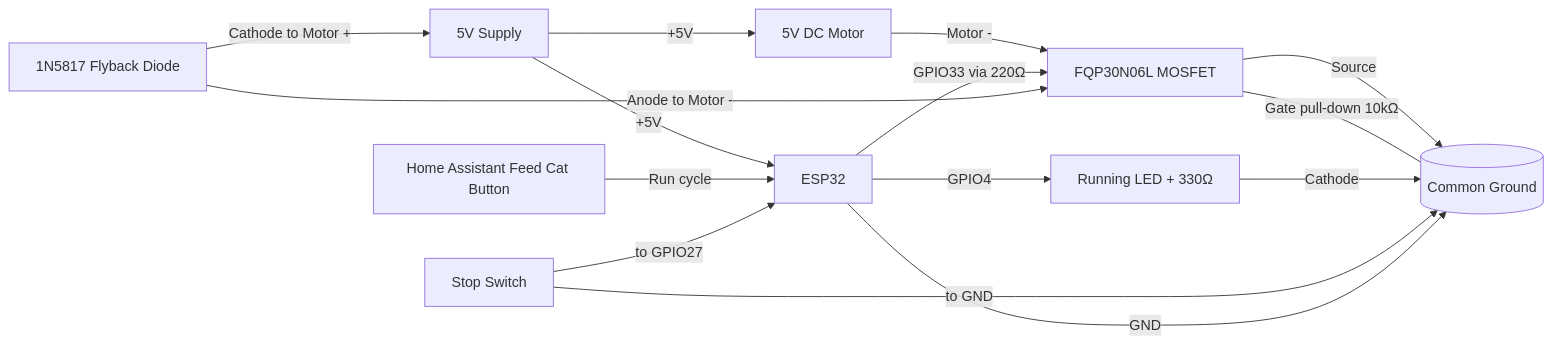
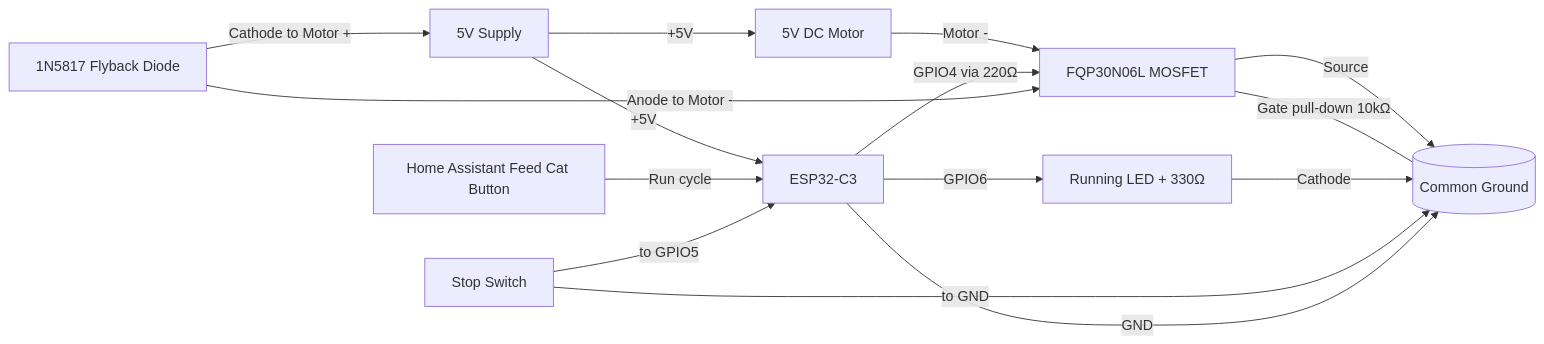
One commit to ErikApption/nrf24stuff changed the diagram in esphome/cat-feeder.md. Above: the diagram before and after it, drawn with Mermaid. The commit also changed other lines of this file and 1 other file, not shown here.

Commit message:
changed board to esp32-c3

````diff
--- a/esphome/cat-feeder.md
+++ b/esphome/cat-feeder.md
@@ -175,29 +176,29 @@
 ```mermaid
 flowchart LR
     PSU[5V Supply]
     M[5V DC Motor]
     D[1N5817 Flyback Diode]
     Q[FQP30N06L MOSFET]
-    ESP[ESP32]
+    ESP[ESP32-C3]
     HA[Home Assistant Feed Cat Button]
     SW[Stop Switch]
     LED[Running LED + 330Ω]
     GND[(Common Ground)]
 
     PSU -->|+5V| M
     PSU -->|+5V| ESP
     M -->|Motor -| Q
     Q -->|Source| GND
-    ESP -->|GPIO33 via 220Ω| Q
+    ESP -->|GPIO4 via 220Ω| Q
     Q ---|Gate pull-down 10kΩ| GND
-    ESP -->|GPIO4| LED
+    ESP -->|GPIO6| LED
     LED -->|Cathode| GND
 
     HA -->|Run cycle| ESP
-    SW -->|to GPIO27| ESP
+    SW -->|to GPIO5| ESP
     SW -->|to GND| GND
     ESP -->|GND| GND
 
     D -->|Cathode to Motor +| PSU
     D -->|Anode to Motor -| Q
 ```
````
